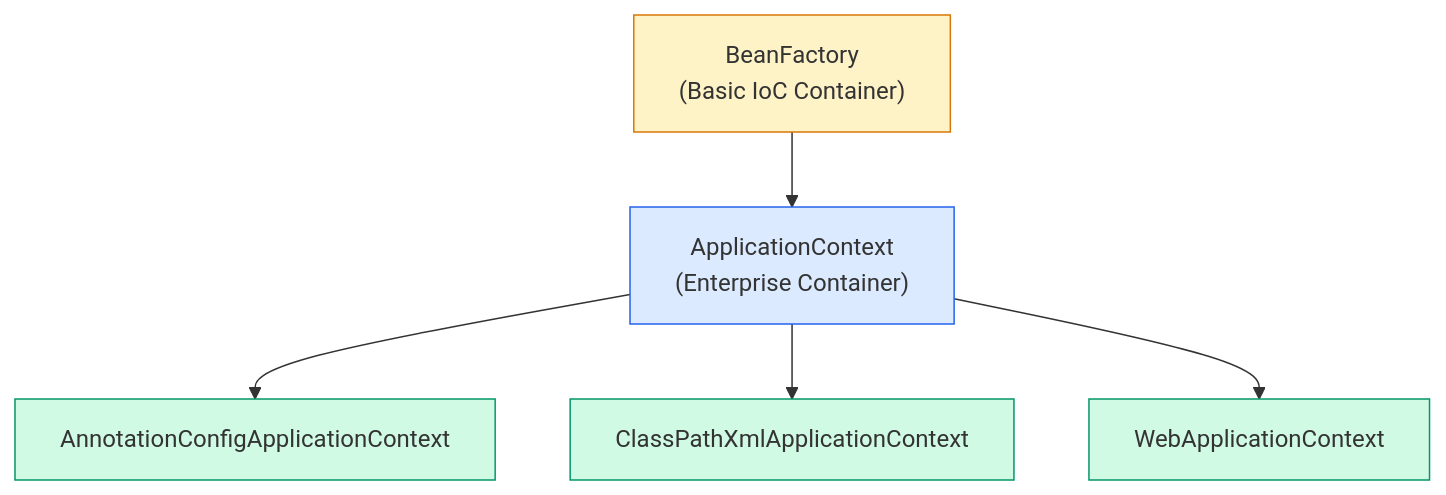
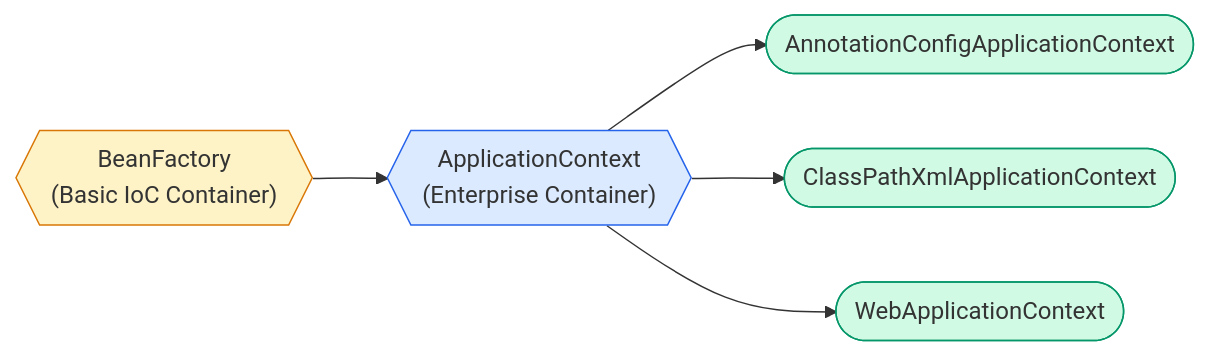
Before and after one commit to saivamsikaruturi/vamsilabs-dev-notes-main: the second of 5 diagrams in docs/springboot/SpringIOC.md, drawn with Mermaid. The commit also changed other lines of this file and 146 other files, not shown here.

Commit message:
Horizontal diagrams, UML class diagrams, typography overhaul, and permalink cleanup

````diff
--- a/docs/springboot/SpringIOC.md
+++ b/docs/springboot/SpringIOC.md
@@ -65,13 +76,13 @@
 ```mermaid
-graph TD
-    A["BeanFactory<br/>(Basic IoC Container)"] --> B["ApplicationContext<br/>(Enterprise Container)"]
-    B --> C["AnnotationConfigApplicationContext"]
-    B --> D["ClassPathXmlApplicationContext"]
-    B --> E["WebApplicationContext"]
+flowchart LR
+    A{{"BeanFactory<br/>(Basic IoC Container)"}} --> B{{"ApplicationContext<br/>(Enterprise Container)"}}
+    B --> C(["AnnotationConfigApplicationContext"])
+    B --> D(["ClassPathXmlApplicationContext"])
+    B --> E(["WebApplicationContext"])
 
     style A fill:#FEF3C7,stroke:#D97706
     style B fill:#DBEAFE,stroke:#2563EB
     style C fill:#D1FAE5,stroke:#059669
     style D fill:#D1FAE5,stroke:#059669
     style E fill:#D1FAE5,stroke:#059669
 ```
````
